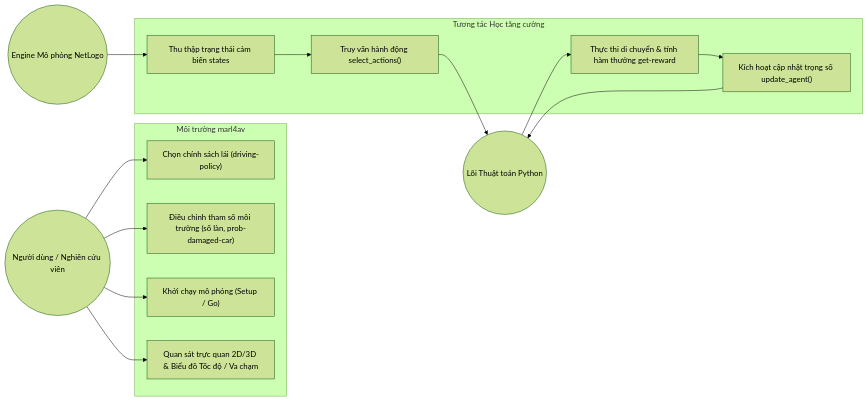
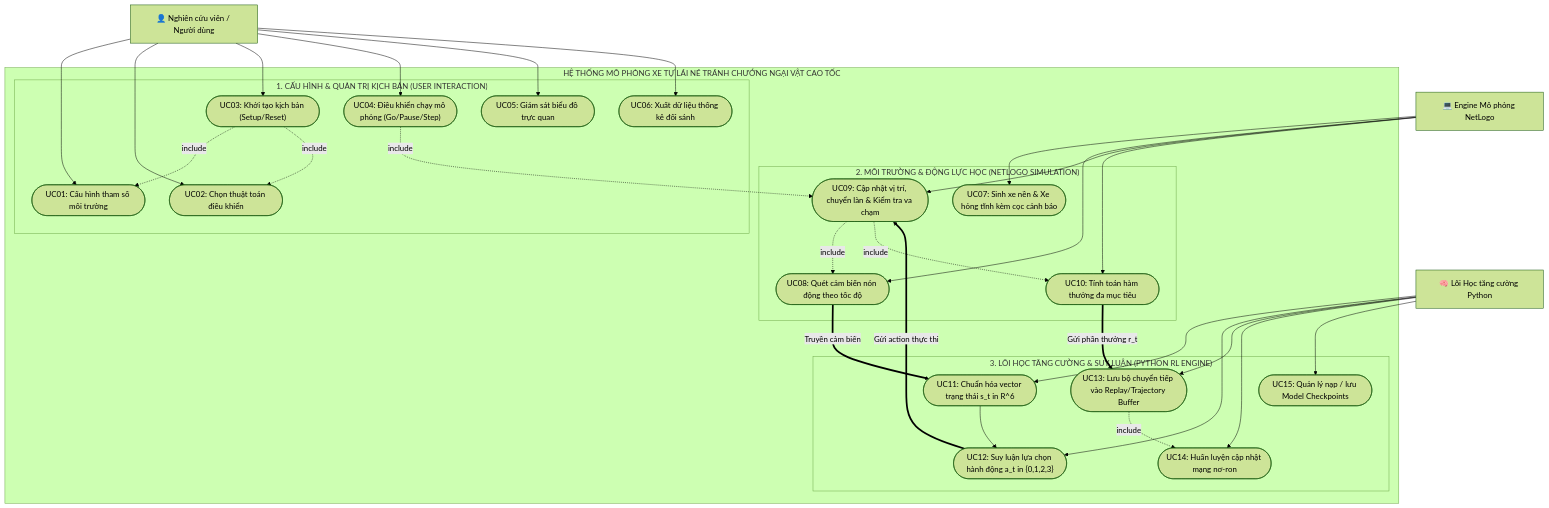
The ninth of 11 diagrams in BAO_CAO_TH2.md (VuongDuongg/Reinforcement-Learning), drawn with Mermaid (forest theme) before and after one commit. The commit also changed other lines of this file and 7 other files, not shown here.

````diff
--- a/BAO_CAO_TH2.md
+++ b/BAO_CAO_TH2.md
@@ -134,32 +338,64 @@
 ```mermaid
-graph LR
-    User((Người dùng / Nghiên cứu viên))
-    NetLogo((Engine Mô phỏng NetLogo))
-    RLCore((Lõi Thuật toán Python))
+flowchart TD
+    User["👤 Nghiên cứu viên / Người dùng"]
+    NetLogo["💻 Engine Mô phỏng NetLogo"]
+    RLCore["🧠 Lõi Học tăng cường Python"]
 
-    subgraph Simulation_Platform ["Môi trường marl4av"]
-        UC1["Chọn chính sách lái (driving-policy)"]
-        UC2["Điều chỉnh tham số môi trường (số làn, prob-damaged-car)"]
-        UC3["Khởi chạy mô phỏng (Setup / Go)"]
-        UC4["Quan sát trực quan 2D/3D & Biểu đồ Tốc độ / Va chạm"]
-    end
+    subgraph Boundary ["HỆ THỐNG MÔ PHỎNG XE TỰ LÁI NÉ TRÁNH CHƯỚNG NGẠI VẬT CAO TỐC"]
+        
+        subgraph G1 ["1. CẤU HÌNH & QUẢN TRỊ KỊCH BẢN (USER INTERACTION)"]
+            UC1(["UC01: Cấu hình tham số môi trường"])
+            UC2(["UC02: Chọn thuật toán điều khiển"])
+            UC3(["UC03: Khởi tạo kịch bản (Setup/Reset)"])
+            UC4(["UC04: Điều khiển chạy mô phỏng (Go/Pause/Step)"])
+            UC5(["UC05: Giám sát biểu đồ trực quan"])
+            UC6(["UC06: Xuất dữ liệu thống kê đối sánh"])
+        end
 
-    subgraph RL_Interaction ["Tương tác Học tăng cường"]
-        UC5["Thu thập trạng thái cảm biến states"]
-        UC6["Truy vấn hành động select_actions()"]
-        UC7["Thực thi di chuyển & tính hàm thưởng get-reward"]
-        UC8["Kích hoạt cập nhật trọng số update_agent()"]
+        subgraph G2 ["2. MÔI TRƯỜNG & ĐỘNG LỰC HỌC (NETLOGO SIMULATION)"]
+            UC7(["UC07: Sinh xe nền & Xe hỏng tĩnh kèm cọc cảnh báo"])
+            UC8(["UC08: Quét cảm biến nón động theo tốc độ"])
+            UC9(["UC09: Cập nhật vị trí, chuyển làn & Kiểm tra va chạm"])
+            UC10(["UC10: Tính toán hàm thưởng đa mục tiêu"])
+        end
+
+        subgraph G3 ["3. LÕI HỌC TĂNG CƯỜNG & SUY LUẬN (PYTHON RL ENGINE)"]
+            UC11(["UC11: Chuẩn hóa vector trạng thái s_t in R^6"])
+            UC12(["UC12: Suy luận lựa chọn hành động a_t in {0,1,2,3}"])
+            UC13(["UC13: Lưu bộ chuyển tiếp vào Replay/Trajectory Buffer"])
+            UC14(["UC14: Huấn luyện cập nhật mạng nơ-ron"])
+            UC15(["UC15: Quản lý nạp / lưu Model Checkpoints"])
+        end
     end
 
     User --> UC1
     User --> UC2
     User --> UC3
     User --> UC4
+    User --> UC5
+    User --> UC6
 
-    NetLogo --> UC5
-    UC5 --> UC6
-    UC6 --> RLCore
-    RLCore --> UC7
-    UC7 --> UC8
-    UC8 --> RLCore
+    UC3 -.->|include| UC1
+    UC3 -.->|include| UC2
+    UC4 -.->|include| UC9
+
+    NetLogo --> UC7
+    NetLogo --> UC8
+    NetLogo --> UC9
+    NetLogo --> UC10
+
+    UC9 -.->|include| UC8
+    UC9 -.->|include| UC10
+
+    UC8 ==>|Truyền cảm biến| UC11
+    UC11 --> UC12
+    UC12 ==>|Gửi action thực thi| UC9
+    UC10 ==>|Gửi phần thưởng r_t| UC13
+
+    RLCore --> UC11
+    RLCore --> UC12
+    RLCore --> UC13
+    RLCore --> UC14
+    RLCore --> UC15
+    UC13 -.->|include| UC14
 ```
````
